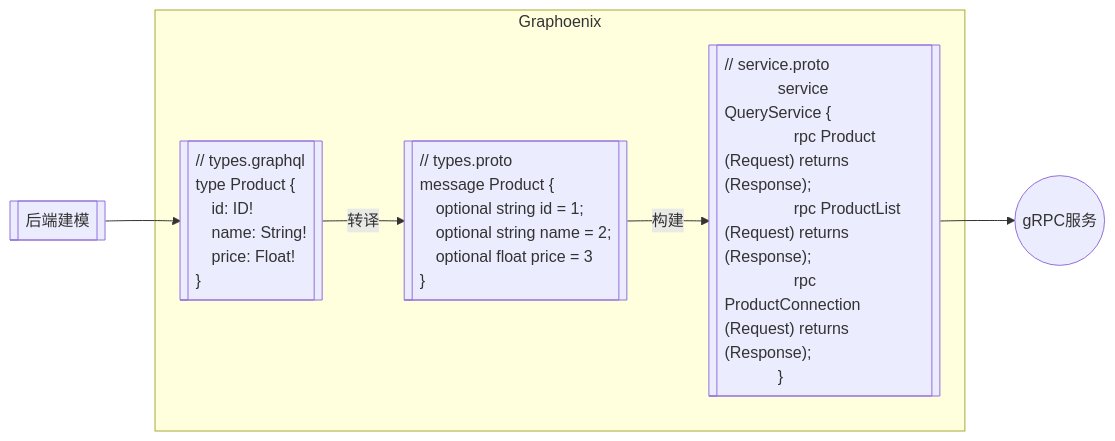
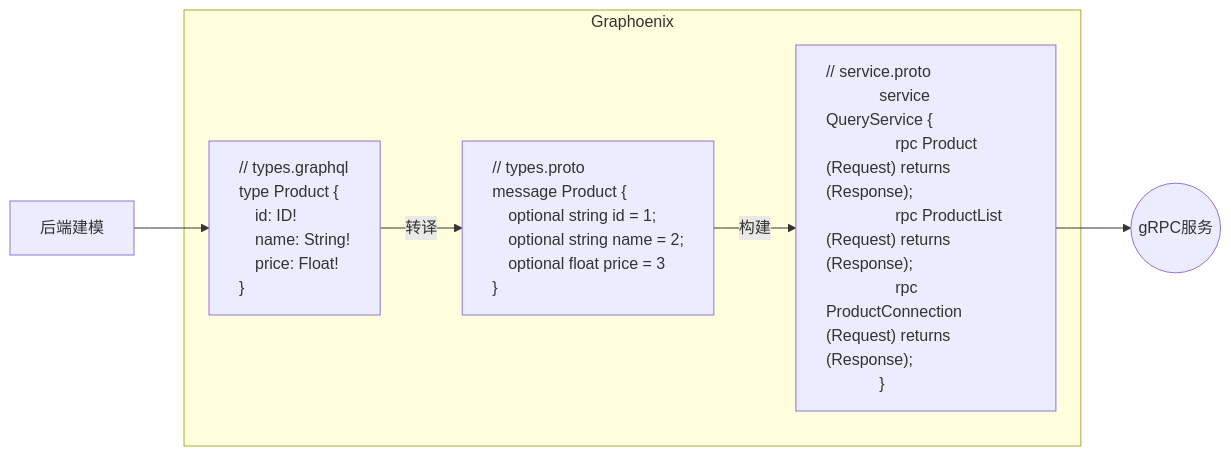
Before and after one commit to doukai/gp-doc.github.io: diagram 12 of 12 in docs/intro.md, drawn with Mermaid. The commit also changed other lines of this file, not shown here.

````diff
--- a/docs/intro.md
+++ b/docs/intro.md
@@ -449,28 +455,28 @@
 ```mermaid
 flowchart LR
-    uml[[后端建模]]
+    uml[后端建模]
     grpc((gRPC服务))
     subgraph Graphoenix
-        schema[["// types.graphql
+        schema["// types.graphql
             type Product {
             &emsp;id: ID!
             &emsp;name: String!
             &emsp;price: Float!
-            }"]] -- 转译 --> protobuf[["// types.proto
+            }"] -- 转译 --> protobuf["// types.proto
             message Product {
             &emsp;optional string id = 1;
             &emsp;optional string name = 2;
             &emsp;optional float price = 3
-            }"]] -- 构建 --> service[["// service.proto
+            }"] -- 构建 --> service["// service.proto
             service QueryService {
             &emsp;rpc Product (Request) returns (Response);
             &emsp;rpc ProductList (Request) returns (Response);
             &emsp;rpc ProductConnection (Request) returns (Response);
-            }"]]
+            }"]
         style schema text-align:left
         style protobuf text-align:left
         style service text-align:left
     end
     uml --> schema
     service --> grpc
 ```
````
